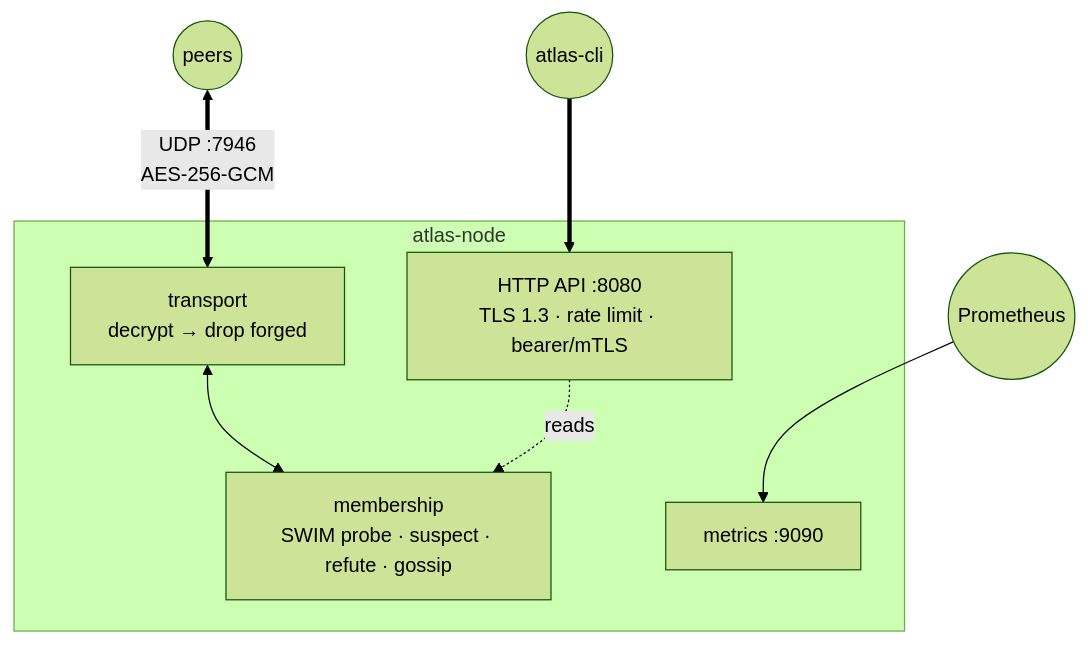
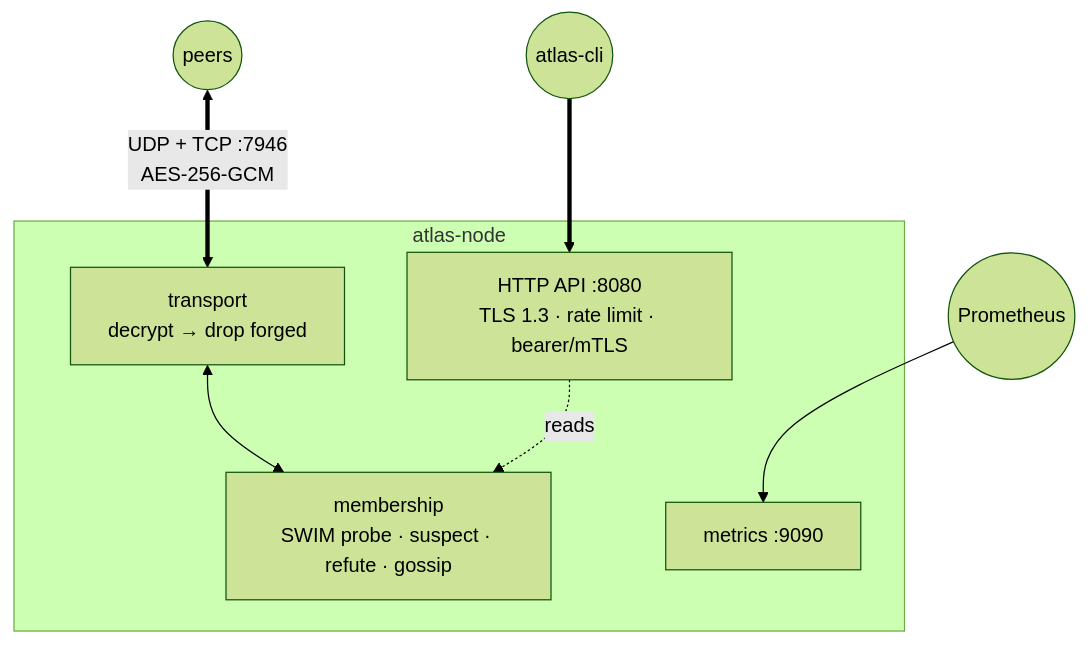
The second of 2 diagrams in README.md (manziosee/atlas), drawn with Mermaid (forest theme) before and after one commit. The commit also changed other lines of this file and 73 other files, not shown here.

First line of the commit message:
feat: implement Atlas roadmap foundations (#4)

````diff
--- a/README.md
+++ b/README.md
@@ -115,11 +116,11 @@
 ```mermaid
 flowchart TB
-  peers(("peers")) <== "UDP :7946<br/>AES-256-GCM" ==> T
+  peers(("peers")) <== "UDP + TCP :7946<br/>AES-256-GCM" ==> T
   subgraph atlas-node
     T["transport<br/>decrypt → drop forged"] <--> M["membership<br/>SWIM probe · suspect · refute · gossip"]
     H["HTTP API :8080<br/>TLS 1.3 · rate limit · bearer/mTLS"] -. reads .-> M
     X["metrics :9090"]
   end
   cli(("atlas-cli")) ==> H
   prom(("Prometheus")) --> X
 ```
````
